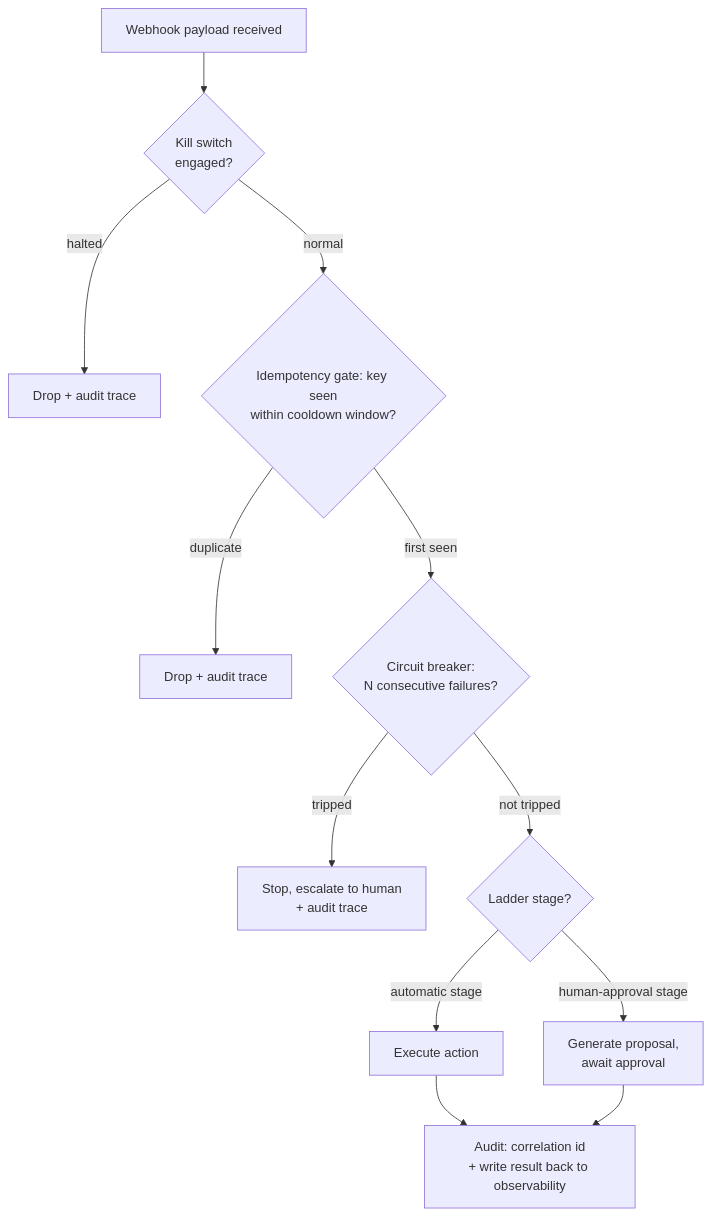
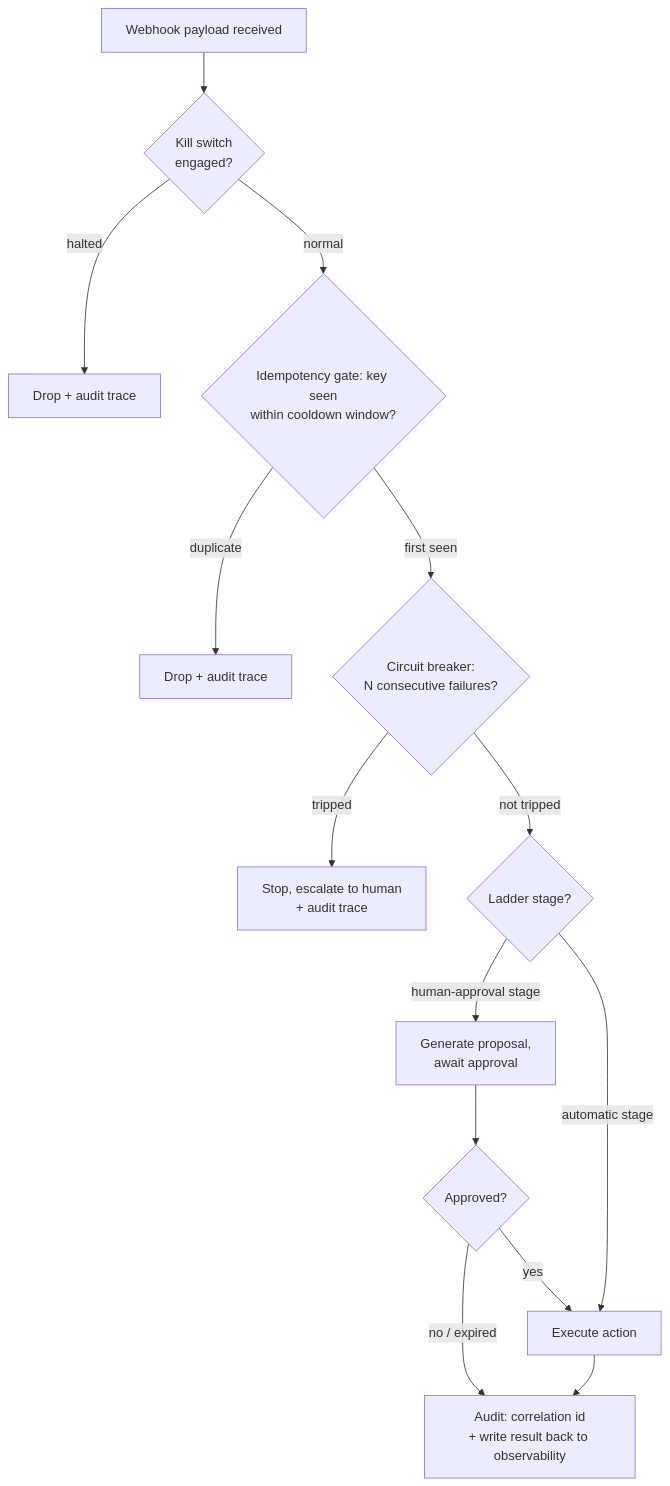
One commit to vencil/Dynamic-Alerting-Integrations changed the diagram in docs/alerting-best-practices.en.md. Above: the diagram before and after it, drawn with Mermaid. The commit also changed other lines of this file and 3 other files, not shown here.

First line of the commit message:
docs: CodeRabbit R1 disposition——冪等閘節流語意澄清 + 流程圖核可分支 + EN locale 連結

````diff
--- a/docs/alerting-best-practices.en.md
+++ b/docs/alerting-best-practices.en.md
@@ -96,14 +96,16 @@
 ```mermaid
 flowchart TD
     P["Webhook payload received"] --> KS{"Kill switch<br/>engaged?"}
     KS -->|"halted"| A1["Drop + audit trace"]
     KS -->|normal| IG{"Idempotency gate: key seen<br/>within cooldown window?"}
     IG -->|duplicate| A2["Drop + audit trace"]
     IG -->|first seen| CB{"Circuit breaker:<br/>N consecutive failures?"}
     CB -->|tripped| A3["Stop, escalate to human<br/>+ audit trace"]
     CB -->|not tripped| LD{"Ladder stage?"}
     LD -->|"human-approval stage"| PR["Generate proposal,<br/>await approval"]
+    PR --> AP{"Approved?"}
+    AP -->|"yes"| EX
+    AP -->|"no / expired"| AU
     LD -->|"automatic stage"| EX["Execute action"]
     EX --> AU["Audit: correlation id<br/>+ write result back to observability"]
-    PR --> AU
 ```
````
